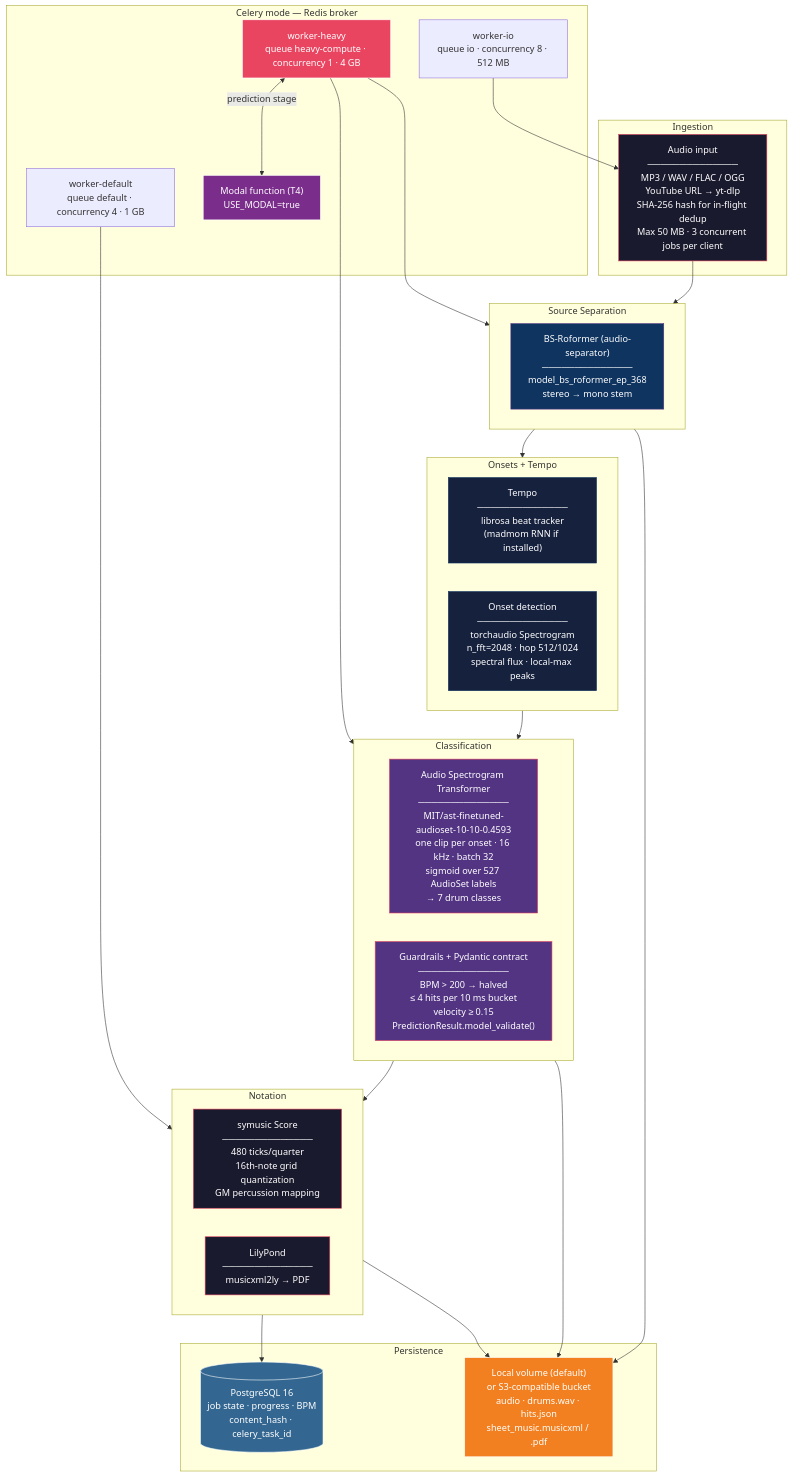
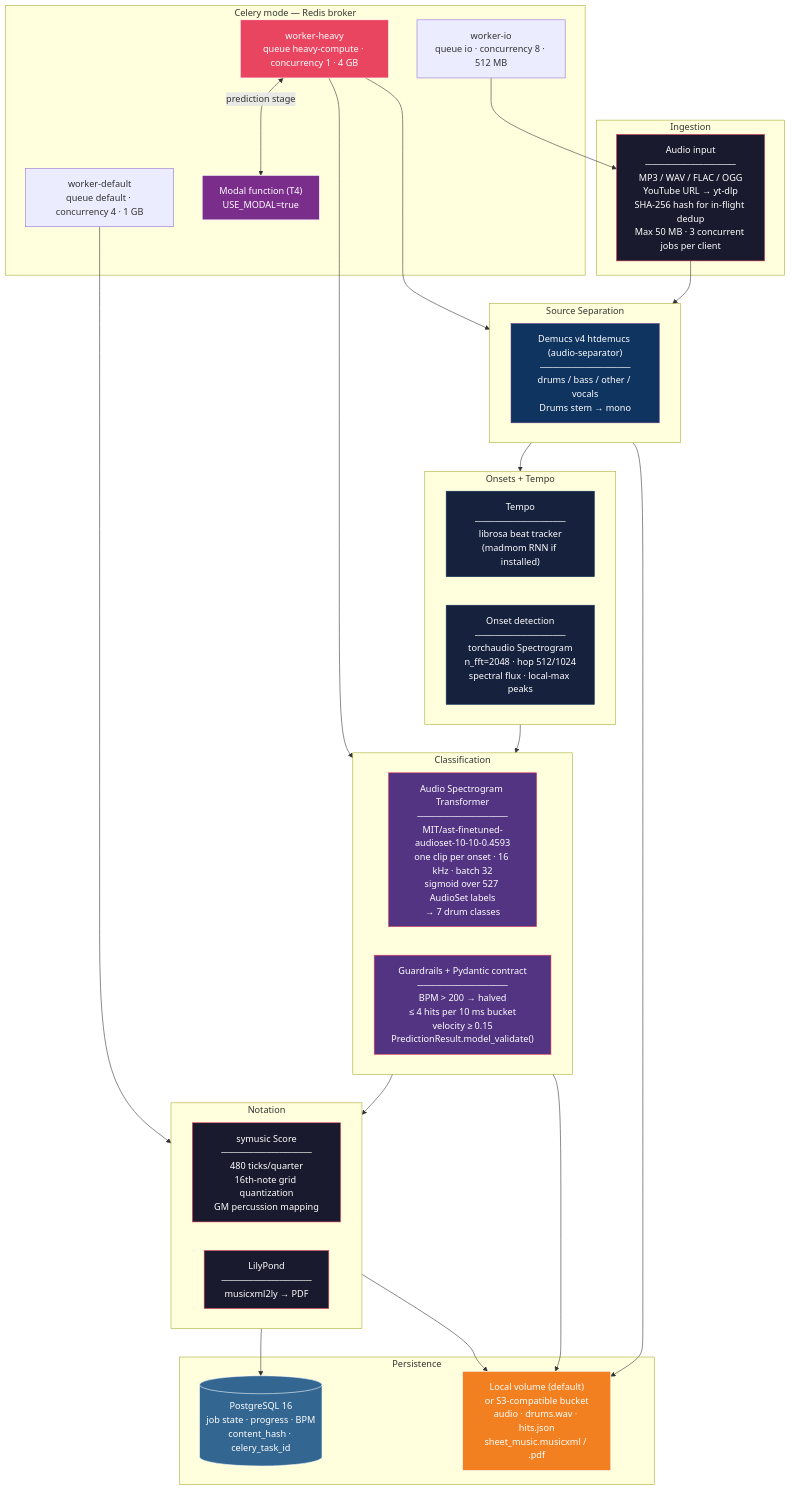
The first of 3 diagrams in README.md (MatPizzolo/Automatic-Drum-Transcription), drawn with Mermaid before and after one commit. The commit also changed other lines of this file and 1 other file, not shown here.

````diff
--- a/README.md
+++ b/README.md
@@ -37,63 +34,63 @@
 ```mermaid
 flowchart TB
     subgraph Ingress["Ingestion"]
         AB["Audio input\n──────────────\nMP3 / WAV / FLAC / OGG\nYouTube URL → yt-dlp\nSHA-256 hash for in-flight dedup\nMax 50 MB · 3 concurrent jobs per client"]
     end
 
     subgraph Sep["Source Separation"]
-        BSR["BS-Roformer (audio-separator)\n──────────────\nmodel_bs_roformer_ep_368\nstereo → mono stem"]
+        BSR["Demucs v4 htdemucs (audio-separator)\n──────────────\ndrums / bass / other / vocals\nDrums stem → mono"]
     end
 
     subgraph DSP["Onsets + Tempo"]
         BPM["Tempo\n──────────────\nlibrosa beat tracker\n(madmom RNN if installed)"]
         STFT["Onset detection\n──────────────\ntorchaudio Spectrogram\nn_fft=2048 · hop 512/1024\nspectral flux · local-max peaks"]
     end
 
     subgraph Inference["Classification"]
         AST["Audio Spectrogram Transformer\n──────────────\nMIT/ast-finetuned-audioset-10-10-0.4593\none clip per onset · 16 kHz · batch 32\nsigmoid over 527 AudioSet labels\n→ 7 drum classes"]
         GR["Guardrails + Pydantic contract\n──────────────\nBPM > 200 → halved\n≤ 4 hits per 10 ms bucket\nvelocity ≥ 0.15\nPredictionResult.model_validate()"]
     end
 
     subgraph Export["Notation"]
         SYM["symusic Score\n──────────────\n480 ticks/quarter\n16th-note grid quantization\nGM percussion mapping"]
         LP["LilyPond\n──────────────\nmusicxml2ly → PDF"]
     end
 
     subgraph Orchestration["Celery mode — Redis broker"]
         WIO["worker-io\nqueue io · concurrency 8 · 512 MB"]
         WHV["worker-heavy\nqueue heavy-compute · concurrency 1 · 4 GB"]
         WDF["worker-default\nqueue default · concurrency 4 · 1 GB"]
         GPU["Modal function (T4)\nUSE_MODAL=true"]
     end
 
     subgraph Persistence["Persistence"]
         PG[("PostgreSQL 16\njob state · progress · BPM\ncontent_hash · celery_task_id")]
         FS["Local volume (default)\nor S3-compatible bucket\naudio · drums.wav · hits.json\nsheet_music.musicxml / .pdf"]
     end
 
     AB --> Sep --> DSP --> Inference --> Export
 
     WIO --> AB
     WHV --> Sep
     WHV --> Inference
     WDF --> Export
     WHV <-->|"prediction stage"| GPU
 
     Sep --> FS
     Inference --> FS
     Export --> FS
     Export --> PG
 
     style AB fill:#1a1a2e,stroke:#e94560,color:#fff
     style STFT fill:#16213e,stroke:#0f3460,color:#fff
     style BPM fill:#16213e,stroke:#0f3460,color:#fff
     style BSR fill:#0f3460,stroke:#533483,color:#fff
     style AST fill:#533483,stroke:#e94560,color:#fff
     style GR fill:#533483,stroke:#e94560,color:#fff
     style SYM fill:#1a1a2e,stroke:#e94560,color:#fff
     style LP fill:#1a1a2e,stroke:#e94560,color:#fff
     style WHV fill:#e94560,stroke:#fff,color:#fff
     style GPU fill:#7b2d8b,stroke:#fff,color:#fff
     style PG fill:#336791,stroke:#fff,color:#fff
     style FS fill:#f38020,stroke:#fff,color:#fff
 ```
````
